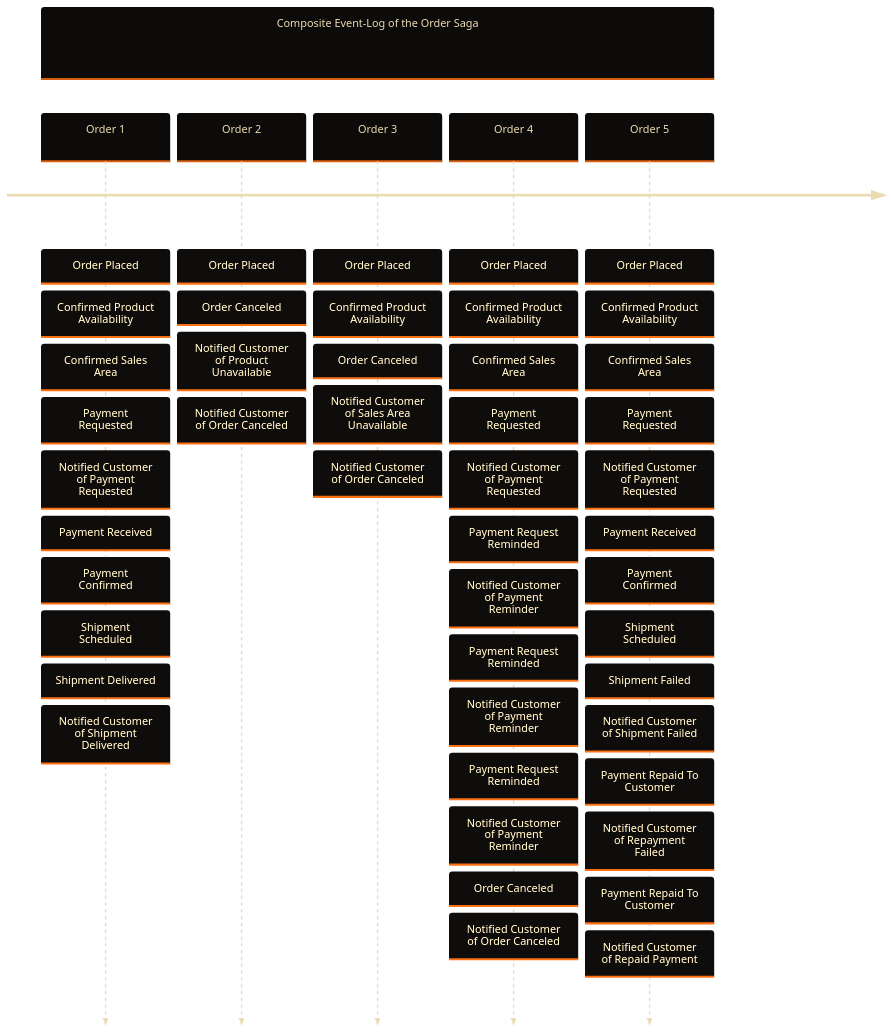
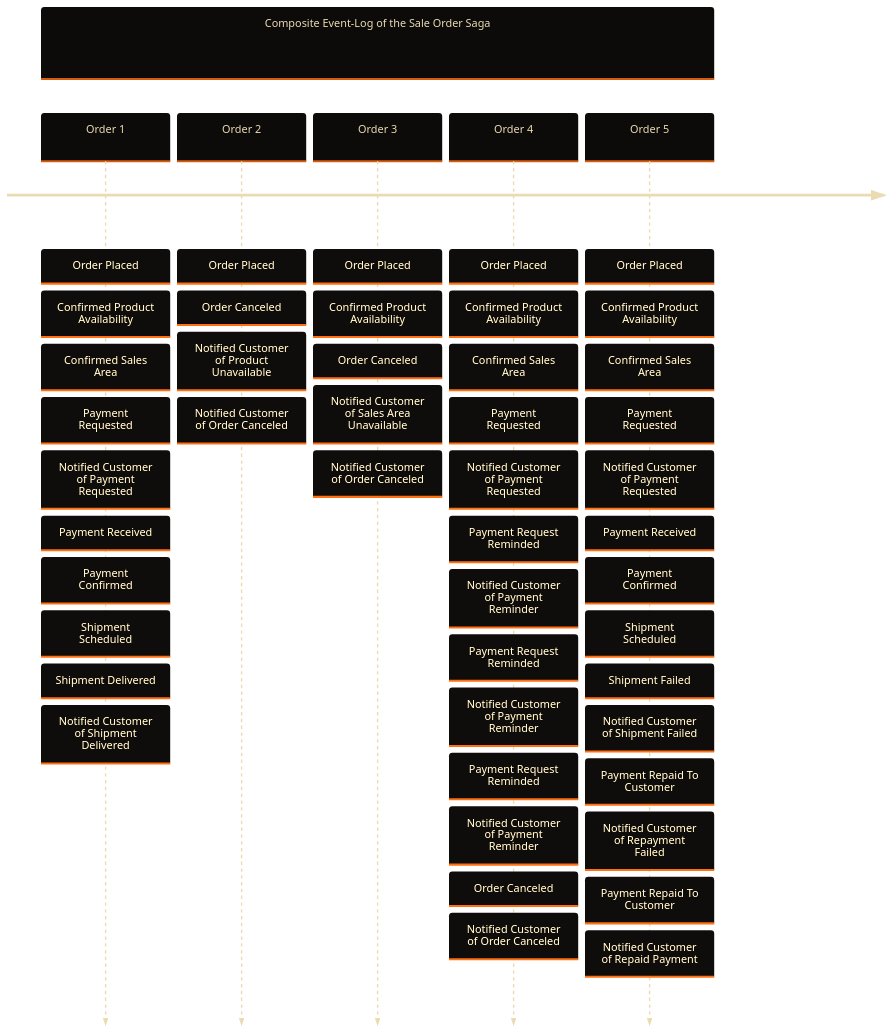
The eighth of 8 diagrams in 2.core-architecture-principles.md (superhero/handbook), drawn with Mermaid before and after one commit. The commit also changed other lines of this file and 8 other files, not shown here.

````diff
--- a/2.core-architecture-principles.md
+++ b/2.core-architecture-principles.md
@@ -946,22 +560,23 @@
 ```mermaid
 ---
 
 config:
     layout: elk
+    look: classic
     theme: base
     themeVariables:
         fontFamily: "monospace"
         primaryColor: "#504945"
         primaryTextColor: "#EBDBB2"
         cScaleInv0: '#D65D0E'
 
 ---
 
 timeline
-    section Composite Event-Log of the Order Saga
+    section Composite Event-Log of the Sale Order Saga
         Order 1 : Order Placed : Confirmed Product Availability : Confirmed Sales Area : Payment Requested : Notified Customer of Payment Requested : Payment Received : Payment Confirmed : Shipment Scheduled : Shipment Delivered : Notified Customer of Shipment Delivered
         Order 2 : Order Placed : Order Canceled : Notified Customer of Product Unavailable : Notified Customer of Order Canceled
         Order 3 : Order Placed : Confirmed Product Availability : Order Canceled : Notified Customer of Sales Area Unavailable : Notified Customer of Order Canceled
         Order 4 : Order Placed : Confirmed Product Availability : Confirmed Sales Area : Payment Requested : Notified Customer of Payment Requested : Payment Request Reminded : Notified Customer of Payment Reminder : Payment Request Reminded : Notified Customer of Payment Reminder : Payment Request Reminded : Notified Customer of Payment Reminder : Order Canceled : Notified Customer of Order Canceled
         Order 5 : Order Placed : Confirmed Product Availability : Confirmed Sales Area : Payment Requested : Notified Customer of Payment Requested : Payment Received : Payment Confirmed : Shipment Scheduled : Shipment Failed : Notified Customer of Shipment Failed : Payment Repaid To Customer : Notified Customer of Repayment Failed : Payment Repaid To Customer : Notified Customer of Repaid Payment
 ```
````
